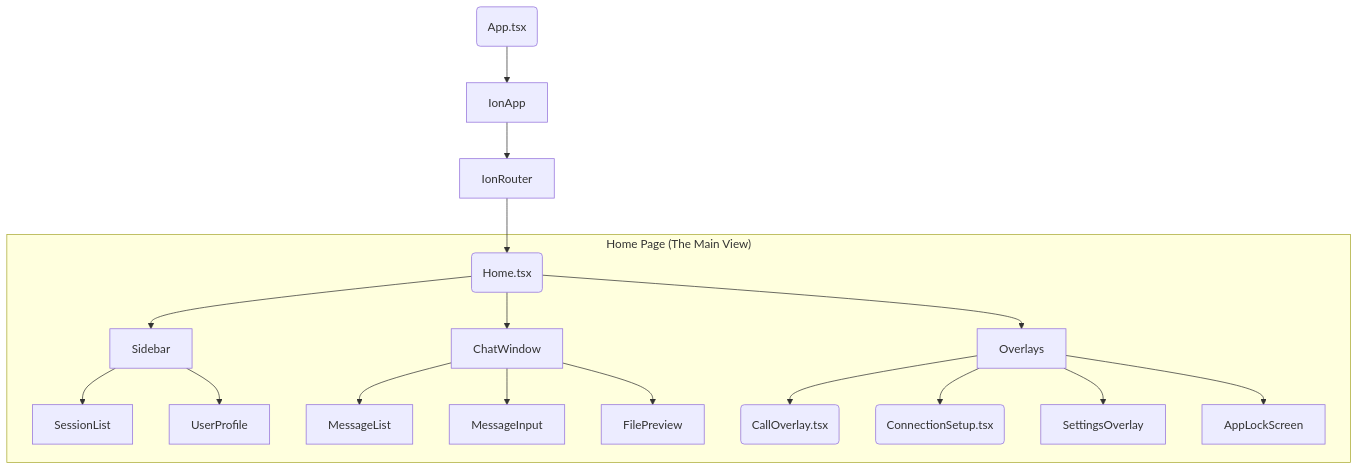
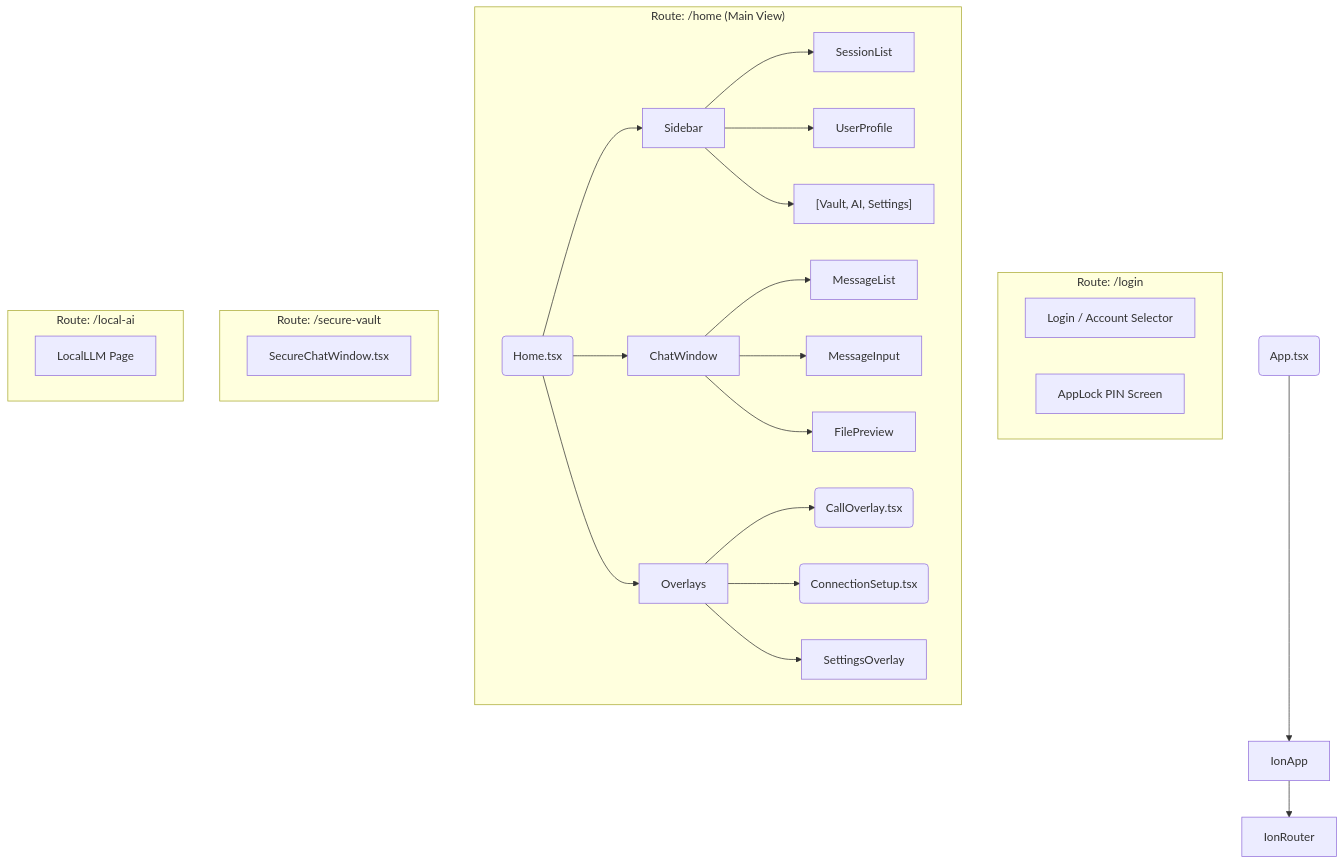
One commit to TheYogMehta/CryptNode changed the diagram in docs/ARCHITECTURE.md. Above: the diagram before and after it, drawn with Mermaid. The commit also changed other lines of this file and 11 other files, not shown here.

````diff
--- a/docs/ARCHITECTURE.md
+++ b/docs/ARCHITECTURE.md
@@ -116,24 +188,36 @@
 ```mermaid
 graph TD
     App(App.tsx) --> IonApp
     IonApp --> IonRouter
-    IonRouter --> Home(Home.tsx)
 
-    subgraph "Home Page (The Main View)"
-        Home --> Sidebar
+    subgraph "Route: /login"
+        LoginScreen[Login / Account Selector]
+        AppLockScreen[AppLock PIN Screen]
+    end
+
+    subgraph "Route: /home (Main View)"
+        Home(Home.tsx) --> Sidebar
         Home --> ChatWindow
         Home --> Overlays
 
         Sidebar --> SessionList
         Sidebar --> UserProfile
+        Sidebar --> ToolButtons["[Vault, AI, Settings]"]
 
         ChatWindow --> MessageList
         ChatWindow --> MessageInput
         ChatWindow --> FilePreview
 
         Overlays --> CallOverlay(CallOverlay.tsx)
         Overlays --> ConnectionSetup(ConnectionSetup.tsx)
         Overlays --> SettingsOverlay
-        Overlays --> AppLockScreen
+    end
+
+    subgraph "Route: /secure-vault"
+        SecureChatWindow[SecureChatWindow.tsx]
+    end
+
+    subgraph "Route: /local-ai"
+        LocalLLMPage[LocalLLM Page]
     end
 ```
````
